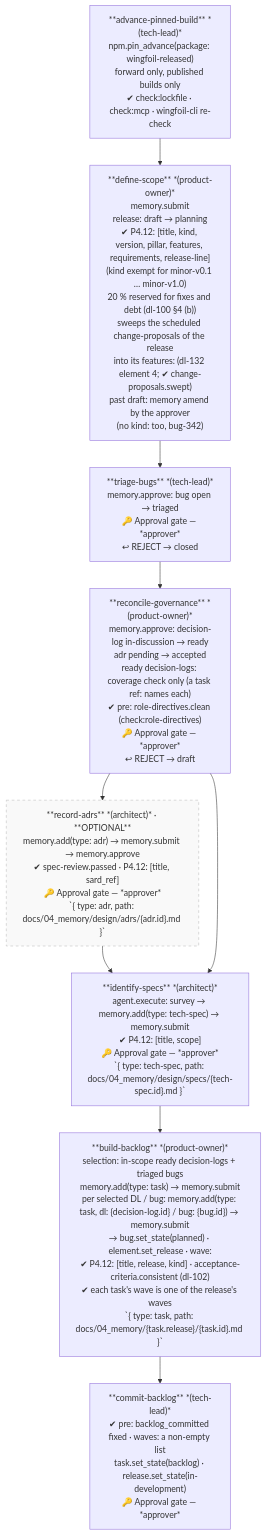
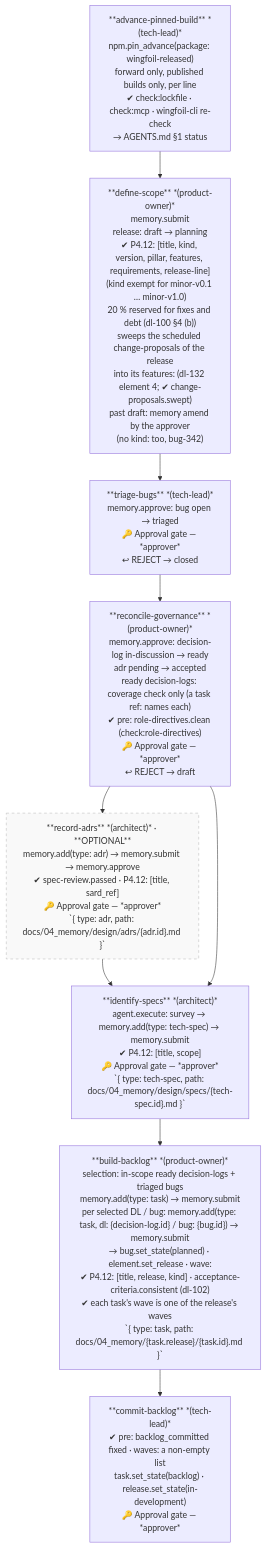
Diagram 11 of 29 in .wingfoil/WORKFLOW.md (wingfoil/wingfoil), drawn with Mermaid before and after one commit. The commit also changed other lines of this file and 2 other files, not shown here.

First line of the commit message:
docs(agents): align-agent-docs v0.3.2 — review fixes: the pin per line (AGENTS.md §3, .wingfoil/README.md), release-planning 2.4 in WORKFLOW.md, the governance check's two new rules, record-adrs optional

````diff
--- a/.wingfoil/WORKFLOW.md
+++ b/.wingfoil/WORKFLOW.md
@@ -331,16 +336,16 @@
 ```mermaid
 flowchart TD
-    AB["**advance-pinned-build** *(tech-lead)*\nnpm.pin_advance(package: wingfoil-released)\nforward only, published builds only\n✔ check:lockfile · check:mcp · wingfoil-cli re-check"]
+    AB["**advance-pinned-build** *(tech-lead)*\nnpm.pin_advance(package: wingfoil-released)\nforward only, published builds only, per line\n✔ check:lockfile · check:mcp · wingfoil-cli re-check\n→ AGENTS.md §1 status"]
     DS["**define-scope** *(product-owner)*\nmemory.submit\nrelease: draft → planning\n✔ P4.12: [title, kind, version, pillar, features, requirements, release-line]\n(kind exempt for minor-v0.1 … minor-v1.0)\n20 % reserved for fixes and debt (dl-100 §4 (b))\nsweeps the scheduled change-proposals of the release\ninto its features: (dl-132 element 4; ✔ change-proposals.swept)\npast draft: memory amend by the approver\n(no kind: too, bug-342)"]
     TB["**triage-bugs** *(tech-lead)*\nmemory.approve: bug open → triaged\n🔑 Approval gate — *approver*\n↩ REJECT → closed"]
     RG["**reconcile-governance** *(product-owner)*\nmemory.approve: decision-log in-discussion → ready\nadr pending → accepted\nready decision-logs: coverage check only (a task ref: names each)\n✔ pre: role-directives.clean (check:role-directives)\n🔑 Approval gate — *approver*\n↩ REJECT → draft"]
     RA["**record-adrs** *(architect)* · **OPTIONAL**\nmemory.add(type: adr) → memory.submit → memory.approve\n✔ spec-review.passed · P4.12: [title, sard_ref]\n🔑 Approval gate — *approver*\n`{ type: adr, path: docs/04_memory/design/adrs/{adr.id}.md }`"]
     IS["**identify-specs** *(architect)*\nagent.execute: survey → memory.add(type: tech-spec) → memory.submit\n✔ P4.12: [title, scope]\n🔑 Approval gate — *approver*\n`{ type: tech-spec, path: docs/04_memory/design/specs/{tech-spec.id}.md }`"]
     BB["**build-backlog** *(product-owner)*\nselection: in-scope ready decision-logs + triaged bugs\nmemory.add(type: task) → memory.submit\nper selected DL / bug: memory.add(type: task, dl: {decision-log.id} / bug: {bug.id}) → memory.submit\n→ bug.set_state(planned) · element.set_release · wave:\n✔ P4.12: [title, release, kind] · acceptance-criteria.consistent (dl-102)\n✔ each task's wave is one of the release's waves\n`{ type: task, path: docs/04_memory/{task.release}/{task.id}.md }`"]
     CB["**commit-backlog** *(tech-lead)*\n✔ pre: backlog_committed fixed · waves: a non-empty list\ntask.set_state(backlog) · release.set_state(in-development)\n🔑 Approval gate — *approver*"]
 
     AB --> DS --> TB --> RG --> RA --> IS --> BB --> CB
     RG --> IS
 
     style RA fill:#f9f9f9,stroke:#bbb,stroke-dasharray:5 5
 ```
````
